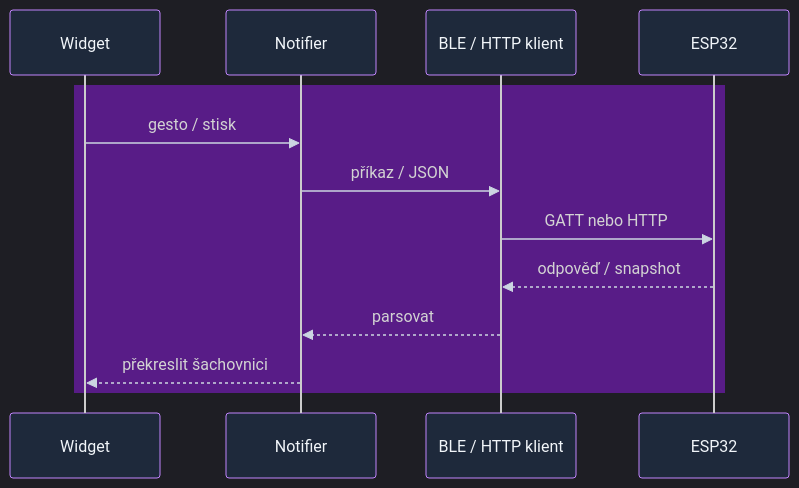
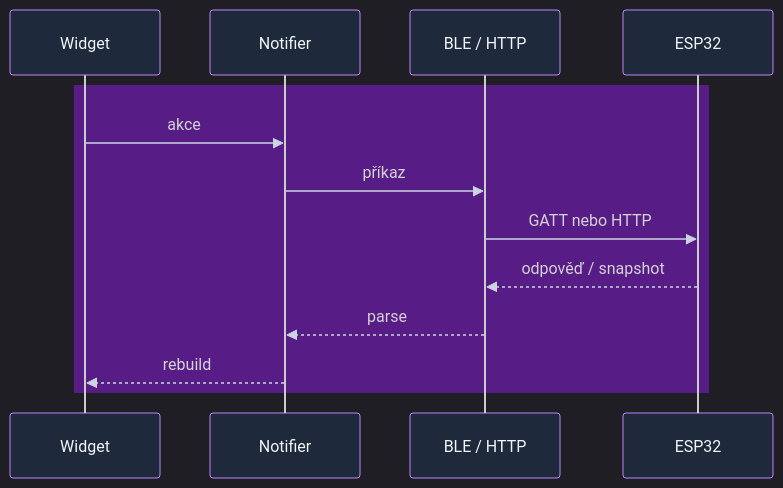
Before and after one commit to AlfredKrutina/chess_esp32_c6_devkit: the second of 5 diagrams in docs/flutter/README.md, drawn with Mermaid. The commit also changed other lines of this file and 19 other files, not shown here.

````diff
--- a/docs/flutter/README.md
+++ b/docs/flutter/README.md
@@ -73,16 +75,16 @@
 ```mermaid
 %%{init: {'theme':'dark','themeVariables':{'actorBkg':'#1e293b','actorBorder':'#c084fc','actorTextColor':'#f1f5f9','signalColor':'#cbd5e1'}}}%%
 sequenceDiagram
   rect rgb(88, 28, 135)
     participant W as Widget
     participant N as Notifier
-    participant X as BLE / HTTP klient
+    participant X as BLE / HTTP
     participant D as ESP32
-    W->>N: gesto / stisk
-    N->>X: příkaz / JSON
+    W->>N: akce
+    N->>X: příkaz
     X->>D: GATT nebo HTTP
     D-->>X: odpověď / snapshot
-    X-->>N: parsovat
-    N-->>W: překreslit šachovnici
+    X-->>N: parse
+    N-->>W: rebuild
   end
 ```
````
